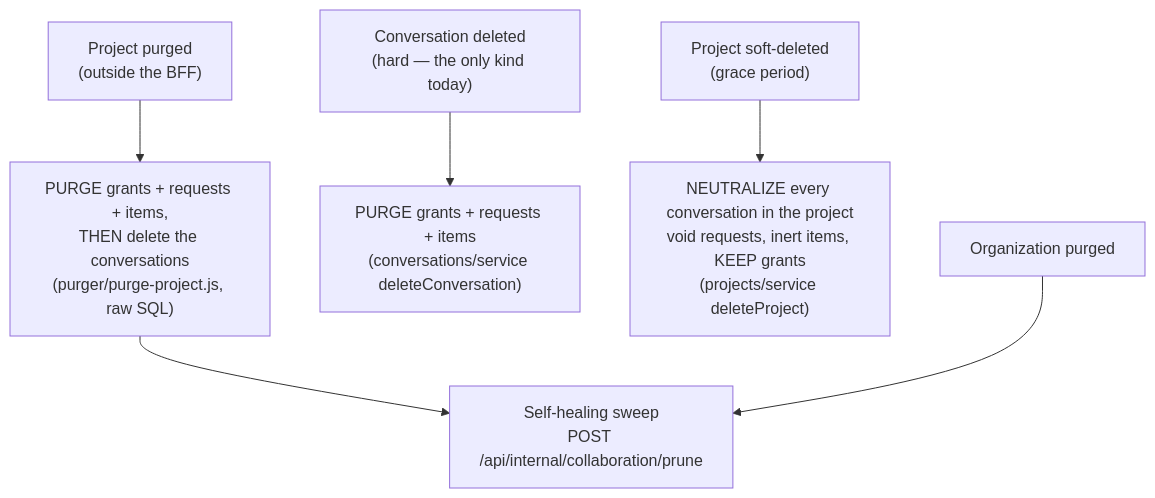
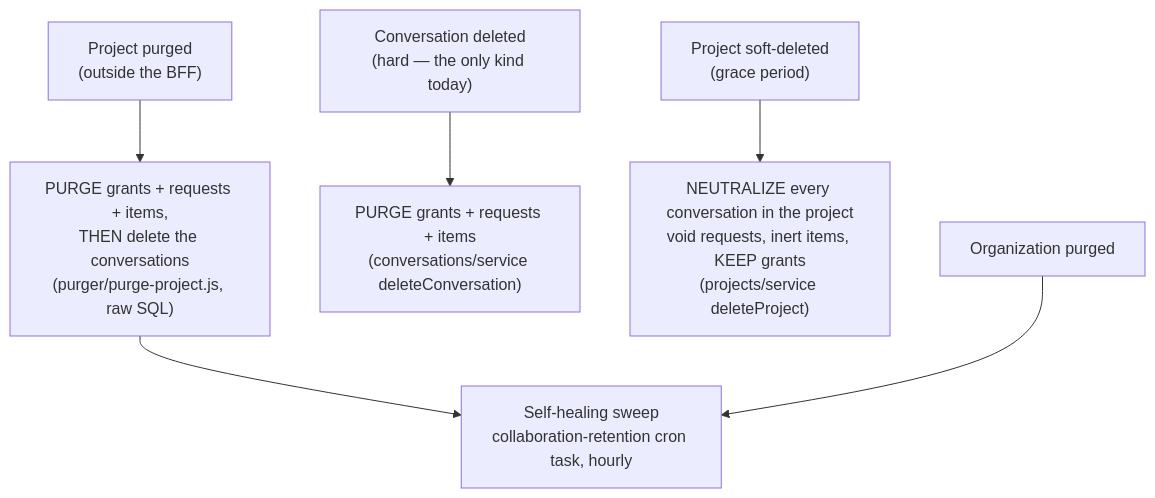
One commit to archos-at/archos changed the diagram in docs/architecture/collaboration-lifecycle.md. Above: the diagram before and after it, drawn with Mermaid. The commit also changed other lines of this file and 142 other files, not shown here.

````diff
--- a/docs/architecture/collaboration-lifecycle.md
+++ b/docs/architecture/collaboration-lifecycle.md
@@ -50,14 +50,14 @@
 ```mermaid
 flowchart TD
     ConvDel["Conversation deleted<br/>(hard — the only kind today)"]
     ProjSoft["Project soft-deleted<br/>(grace period)"]
     ProjPurge["Project purged<br/>(outside the BFF)"]
     OrgPurge["Organization purged"]
 
     ConvDel --> P1["PURGE grants + requests + items<br/>(conversations/service deleteConversation)"]
     ProjSoft --> N1["NEUTRALIZE every conversation in the project<br/>void requests, inert items, KEEP grants<br/>(projects/service deleteProject)"]
     ProjPurge --> C1["PURGE grants + requests + items,<br/>THEN delete the conversations<br/>(purger/purge-project.js, raw SQL)"]
     C1 --> S1["anything missed -> reconciled by the sweep"]
     OrgPurge --> S1
-    S1["Self-healing sweep<br/>POST /api/internal/collaboration/prune"]
+    S1["Self-healing sweep<br/>collaboration-retention cron task, hourly"]
 ```
````
